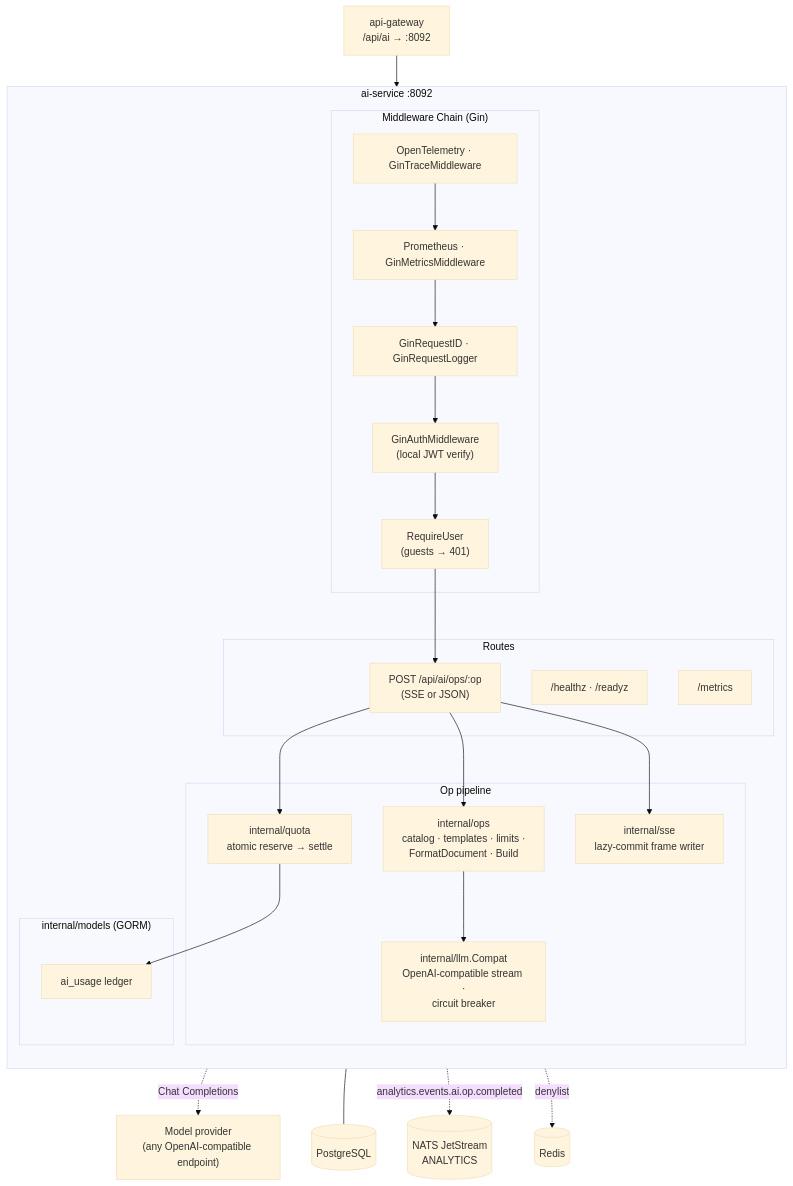
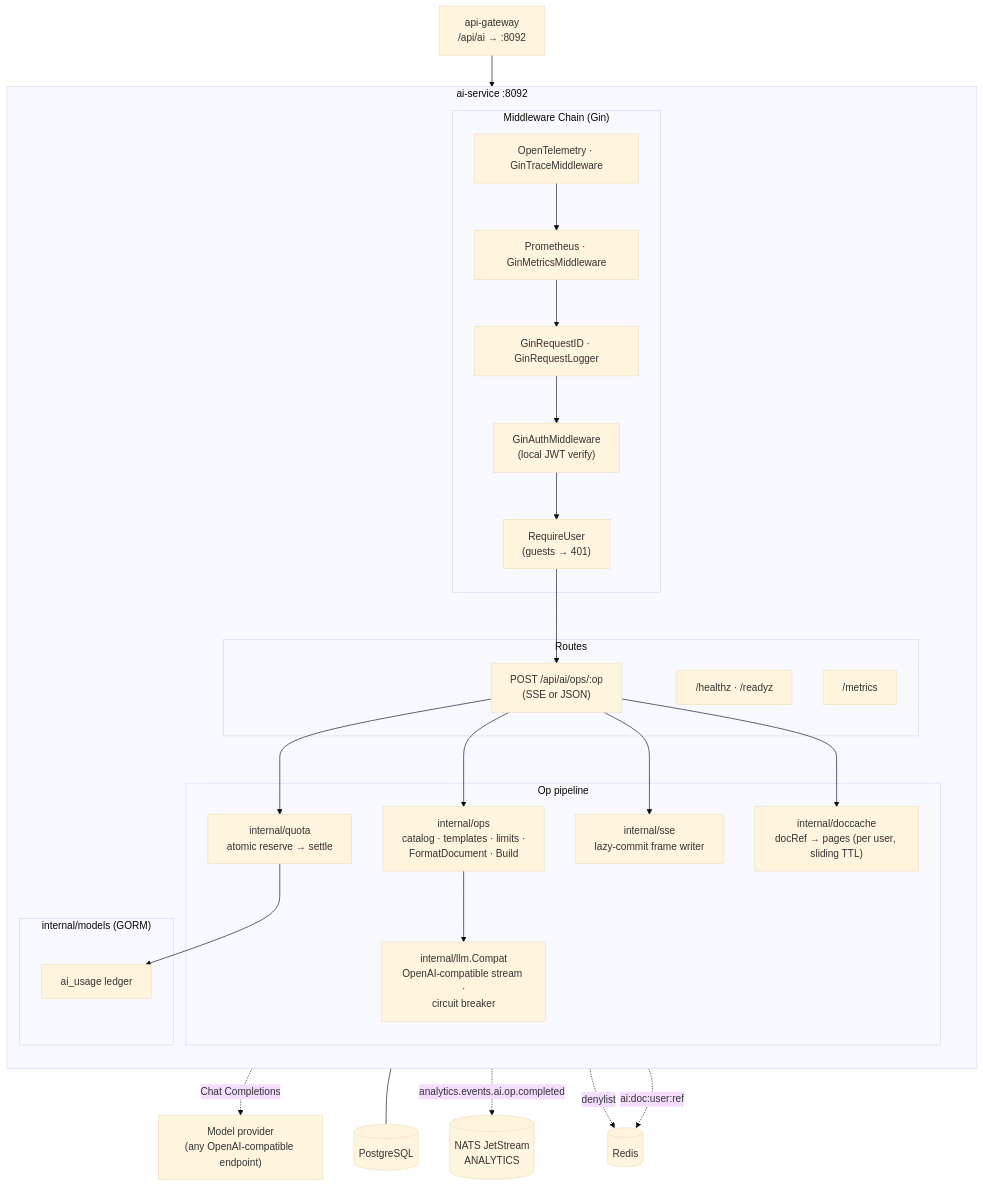
The diagram in docs/developer/mermaid/service-ai-service-architecture.md (code-farms/fyredocs_backend), drawn with Mermaid (base theme) before and after one commit. The commit also changed 17 other files, not shown here.

````diff
--- a/docs/developer/mermaid/service-ai-service-architecture.md
+++ b/docs/developer/mermaid/service-ai-service-architecture.md
@@ -7,41 +7,43 @@
 ```mermaid
 graph TB
     subgraph ai-service[" ai-service :8092 "]
         direction TB
 
         subgraph Middleware["Middleware Chain (Gin)"]
             TRACE["OpenTelemetry · GinTraceMiddleware"]
             METRICS["Prometheus · GinMetricsMiddleware"]
             REQID["GinRequestID · GinRequestLogger"]
             AUTH["GinAuthMiddleware<br/>(local JWT verify)"]
             REQUSER["RequireUser<br/>(guests → 401)"]
         end
 
         subgraph Routes["Routes"]
             OPS["POST /api/ai/ops/:op<br/>(SSE or JSON)"]
             HEALTHZ["/healthz · /readyz"]
             METRICSEP["/metrics"]
         end
 
         subgraph Core["Op pipeline"]
             CAT["internal/ops<br/>catalog · templates · limits ·<br/>FormatDocument · Build"]
             SSEW["internal/sse<br/>lazy-commit frame writer"]
             LLM["internal/llm.Compat<br/>OpenAI-compatible stream ·<br/>circuit breaker"]
             QUOTA["internal/quota<br/>atomic reserve → settle"]
+            DOCS["internal/doccache<br/>docRef → pages (per user, sliding TTL)"]
         end
 
         subgraph Models["internal/models (GORM)"]
             USAGE["ai_usage ledger"]
         end
     end
 
     GW["api-gateway<br/>/api/ai → :8092"] --> TRACE
     TRACE --> METRICS --> REQID --> AUTH --> REQUSER --> OPS
     OPS --> QUOTA --> USAGE
     OPS --> CAT --> LLM
     OPS --> SSEW
     LLM -.->|Chat Completions| PROVIDER["Model provider<br/>(any OpenAI-compatible endpoint)"]
     USAGE --- PG[("PostgreSQL")]
     OPS -.->|analytics.events.ai.op.completed| NATS[("NATS JetStream<br/>ANALYTICS")]
     AUTH -.->|denylist| REDIS[("Redis")]
+    OPS --> DOCS -.->|ai:doc:user:ref| REDIS
 ```
````
